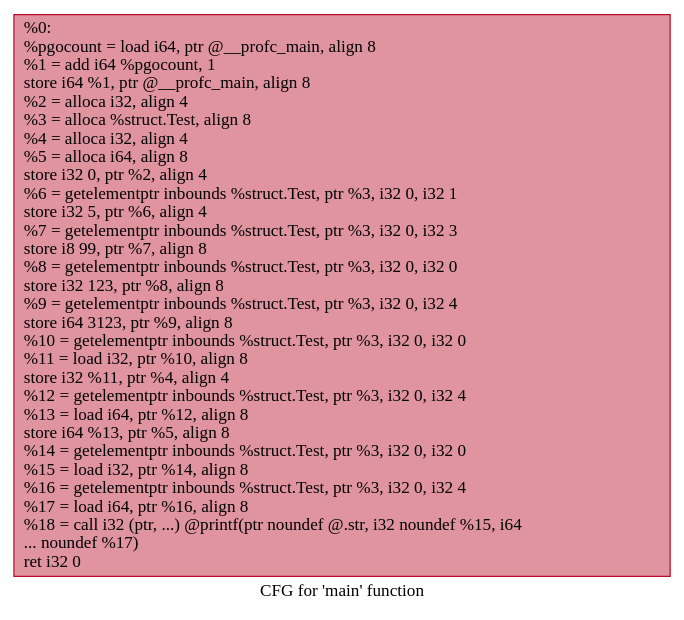
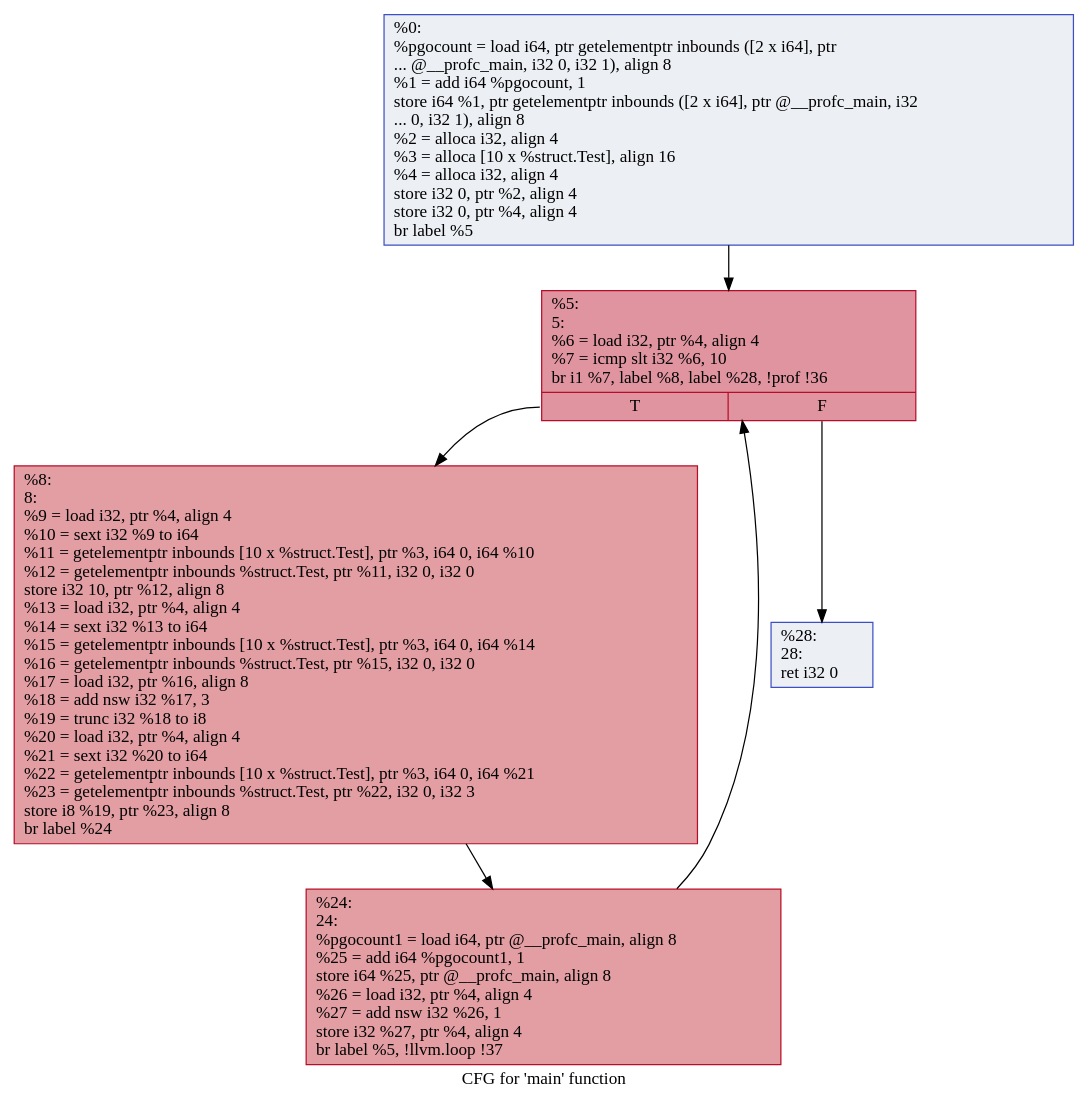
The diagram in benchmarks/correctness/tmp/.main.dot (show981111/struct-optimization), drawn with Graphviz before and after one commit. The commit also changed 47 other files, not shown here.

```diff
--- a/benchmarks/correctness/tmp/.main.dot
+++ b/benchmarks/correctness/tmp/.main.dot
@@ -1,5 +1,14 @@
 digraph "CFG for 'main' function" {
 	label="CFG for 'main' function";
 
-	Node0x5652a251b2c0 [shape=record,color="#b70d28ff", style=filled, fillcolor="#b70d2870",label="{%0:\l  %pgocount = load i64, ptr @__profc_main, align 8\l  %1 = add i64 %pgocount, 1\l  store i64 %1, ptr @__profc_main, align 8\l  %2 = alloca i32, align 4\l  %3 = alloca %struct.Test, align 8\l  %4 = alloca i32, align 4\l  %5 = alloca i64, align 8\l  store i32 0, ptr %2, align 4\l  %6 = getelementptr inbounds %struct.Test, ptr %3, i32 0, i32 1\l  store i32 5, ptr %6, align 4\l  %7 = getelementptr inbounds %struct.Test, ptr %3, i32 0, i32 3\l  store i8 99, ptr %7, align 8\l  %8 = getelementptr inbounds %struct.Test, ptr %3, i32 0, i32 0\l  store i32 123, ptr %8, align 8\l  %9 = getelementptr inbounds %struct.Test, ptr %3, i32 0, i32 4\l  store i64 3123, ptr %9, align 8\l  %10 = getelementptr inbounds %struct.Test, ptr %3, i32 0, i32 0\l  %11 = load i32, ptr %10, align 8\l  store i32 %11, ptr %4, align 4\l  %12 = getelementptr inbounds %struct.Test, ptr %3, i32 0, i32 4\l  %13 = load i64, ptr %12, align 8\l  store i64 %13, ptr %5, align 8\l  %14 = getelementptr inbounds %struct.Test, ptr %3, i32 0, i32 0\l  %15 = load i32, ptr %14, align 8\l  %16 = getelementptr inbounds %struct.Test, ptr %3, i32 0, i32 4\l  %17 = load i64, ptr %16, align 8\l  %18 = call i32 (ptr, ...) @printf(ptr noundef @.str, i32 noundef %15, i64\l... noundef %17)\l  ret i32 0\l}"];
+	Node0x55b97404b1e0 [shape=record,color="#3d50c3ff", style=filled, fillcolor="#d4dbe670",label="{%0:\l  %pgocount = load i64, ptr getelementptr inbounds ([2 x i64], ptr\l... @__profc_main, i32 0, i32 1), align 8\l  %1 = add i64 %pgocount, 1\l  store i64 %1, ptr getelementptr inbounds ([2 x i64], ptr @__profc_main, i32\l... 0, i32 1), align 8\l  %2 = alloca i32, align 4\l  %3 = alloca [10 x %struct.Test], align 16\l  %4 = alloca i32, align 4\l  store i32 0, ptr %2, align 4\l  store i32 0, ptr %4, align 4\l  br label %5\l}"];
+	Node0x55b97404b1e0 -> Node0x55b974052e60;
+	Node0x55b974052e60 [shape=record,color="#b70d28ff", style=filled, fillcolor="#b70d2870",label="{%5:\l5:                                                \l  %6 = load i32, ptr %4, align 4\l  %7 = icmp slt i32 %6, 10\l  br i1 %7, label %8, label %28, !prof !36\l|{<s0>T|<s1>F}}"];
+	Node0x55b974052e60:s0 -> Node0x55b97405df90;
+	Node0x55b974052e60:s1 -> Node0x55b97405e030;
+	Node0x55b97405df90 [shape=record,color="#b70d28ff", style=filled, fillcolor="#be242e70",label="{%8:\l8:                                                \l  %9 = load i32, ptr %4, align 4\l  %10 = sext i32 %9 to i64\l  %11 = getelementptr inbounds [10 x %struct.Test], ptr %3, i64 0, i64 %10\l  %12 = getelementptr inbounds %struct.Test, ptr %11, i32 0, i32 0\l  store i32 10, ptr %12, align 8\l  %13 = load i32, ptr %4, align 4\l  %14 = sext i32 %13 to i64\l  %15 = getelementptr inbounds [10 x %struct.Test], ptr %3, i64 0, i64 %14\l  %16 = getelementptr inbounds %struct.Test, ptr %15, i32 0, i32 0\l  %17 = load i32, ptr %16, align 8\l  %18 = add nsw i32 %17, 3\l  %19 = trunc i32 %18 to i8\l  %20 = load i32, ptr %4, align 4\l  %21 = sext i32 %20 to i64\l  %22 = getelementptr inbounds [10 x %struct.Test], ptr %3, i64 0, i64 %21\l  %23 = getelementptr inbounds %struct.Test, ptr %22, i32 0, i32 3\l  store i8 %19, ptr %23, align 8\l  br label %24\l}"];
+	Node0x55b97405df90 -> Node0x55b97405dfe0;
+	Node0x55b97405dfe0 [shape=record,color="#b70d28ff", style=filled, fillcolor="#be242e70",label="{%24:\l24:                                               \l  %pgocount1 = load i64, ptr @__profc_main, align 8\l  %25 = add i64 %pgocount1, 1\l  store i64 %25, ptr @__profc_main, align 8\l  %26 = load i32, ptr %4, align 4\l  %27 = add nsw i32 %26, 1\l  store i32 %27, ptr %4, align 4\l  br label %5, !llvm.loop !37\l}"];
+	Node0x55b97405dfe0 -> Node0x55b974052e60;
+	Node0x55b97405e030 [shape=record,color="#3d50c3ff", style=filled, fillcolor="#d4dbe670",label="{%28:\l28:                                               \l  ret i32 0\l}"];
 }
```
